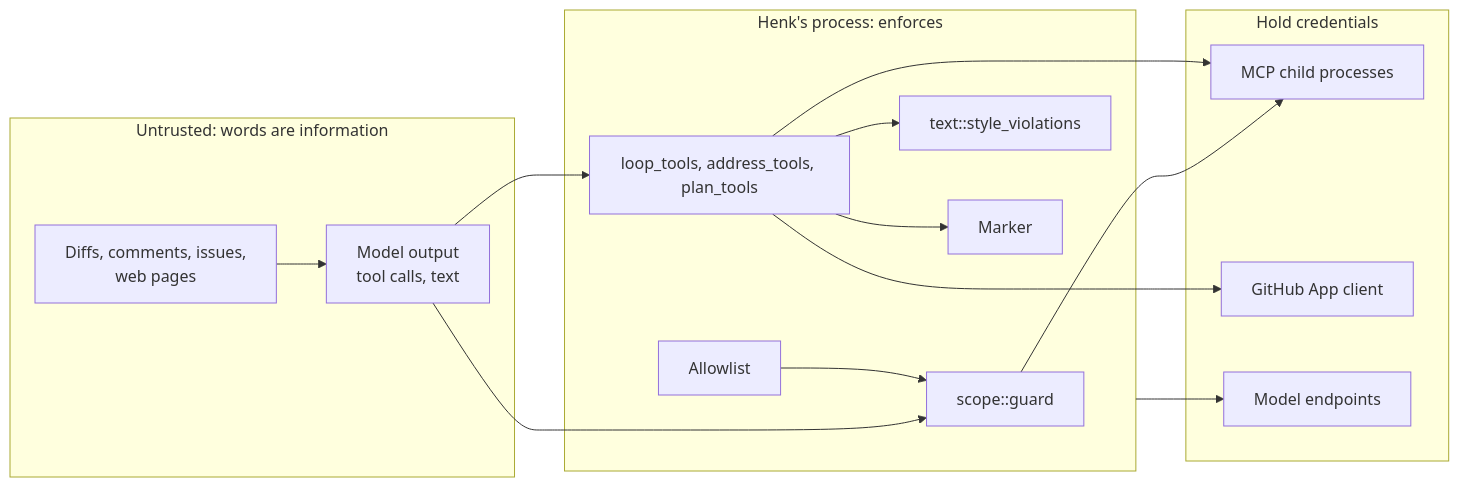
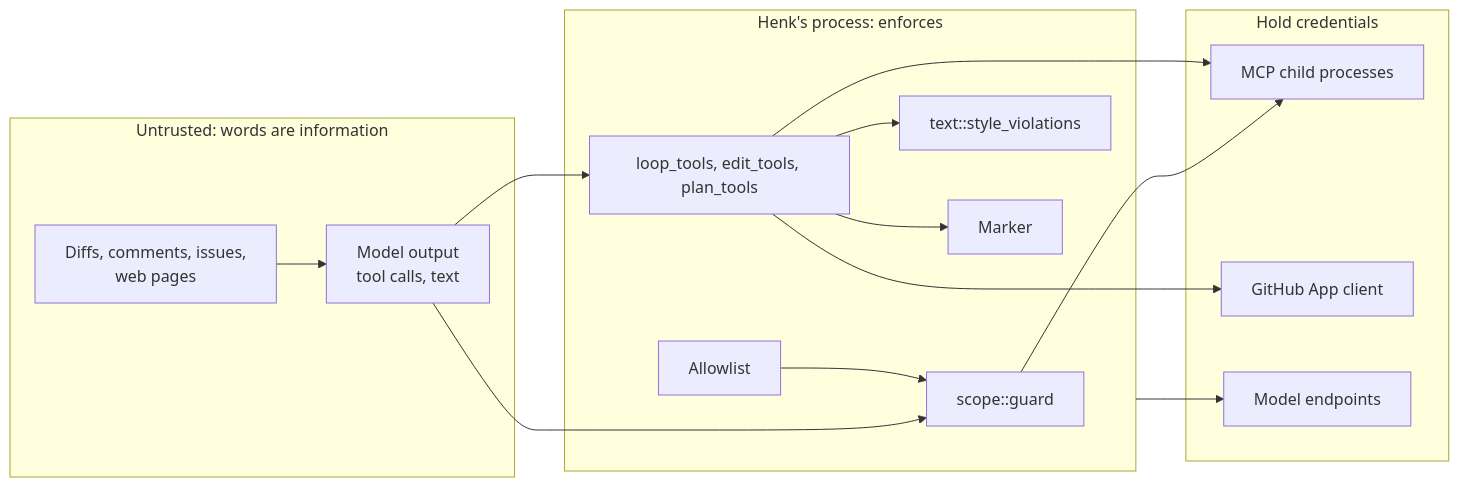
The tenth of 11 diagrams in ARCHITECTURE.md (StephanMeijer/meneerhenk), drawn with Mermaid before and after one commit. The commit also changed other lines of this file and 66 other files, not shown here.

````diff
--- a/ARCHITECTURE.md
+++ b/ARCHITECTURE.md
@@ -704,29 +711,29 @@
 ```mermaid
 flowchart LR
     subgraph untrusted["Untrusted: words are information"]
         MODEL["Model output<br/>tool calls, text"]
         INPUT["Diffs, comments, issues,<br/>web pages"]
     end
     subgraph henk["Henk's process: enforces"]
         GUARD["scope::guard"]
-        TOOLS["loop_tools, address_tools, plan_tools"]
+        TOOLS["loop_tools, edit_tools, plan_tools"]
         STYLE["text::style_violations"]
         ALLOW["Allowlist"]
         MARK["Marker"]
     end
     subgraph holders["Hold credentials"]
         MCPS["MCP child processes"]
         APP["GitHub App client"]
         ENDPOINTS["Model endpoints"]
     end
     INPUT --> MODEL
     MODEL --> GUARD
     MODEL --> TOOLS
     GUARD --> MCPS
     TOOLS --> STYLE
     TOOLS --> MARK
     TOOLS --> APP
     TOOLS --> MCPS
     ALLOW --> GUARD
     henk --> ENDPOINTS
 ```
````
